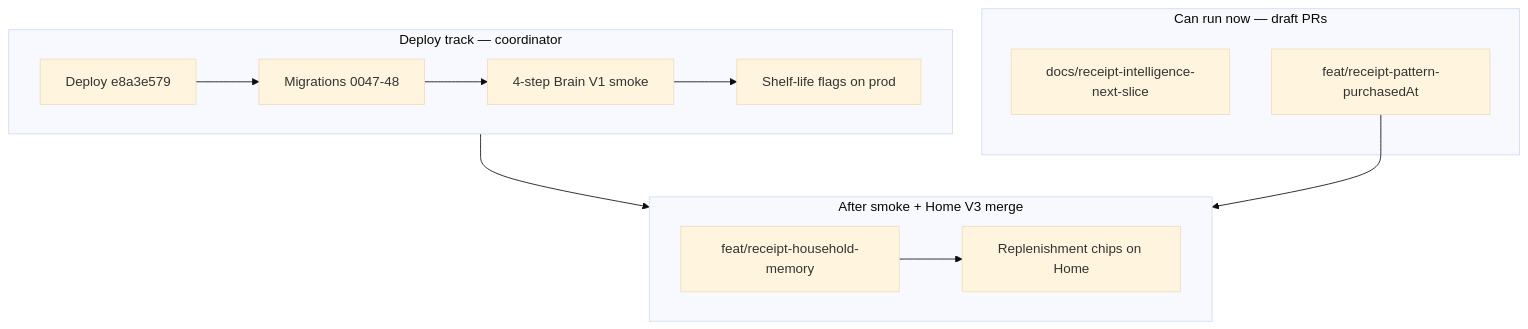
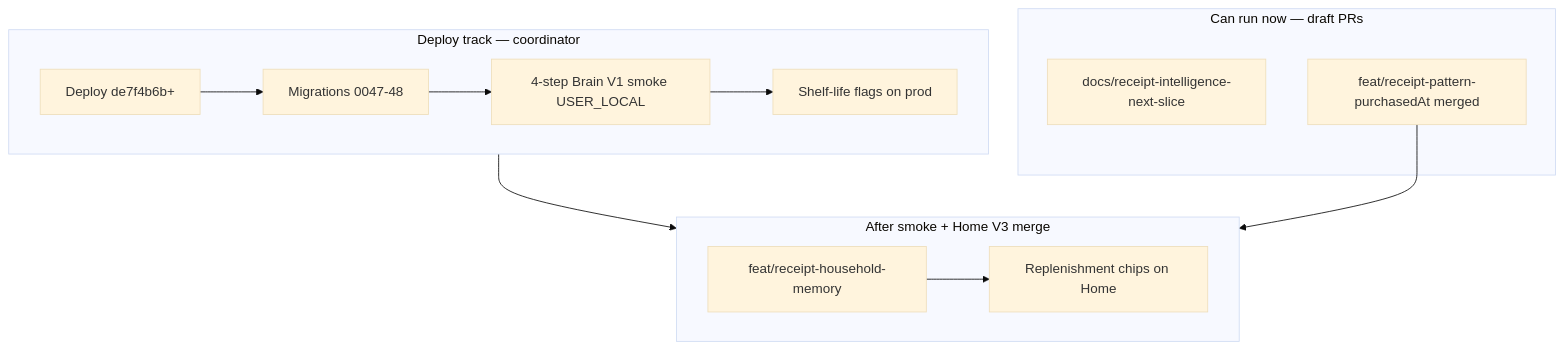
Before and after one commit to arpi09/grocery-manager: the diagram in docs/RECEIPT_INTELLIGENCE_NEXT_SLICE.md, drawn with Mermaid (base theme). The commit also changed other lines of this file, not shown here.

First line of the commit message:
docs: receipt intelligence map — top 10, ignore list, next slice

````diff
--- a/docs/RECEIPT_INTELLIGENCE_NEXT_SLICE.md
+++ b/docs/RECEIPT_INTELLIGENCE_NEXT_SLICE.md
@@ -136,21 +169,21 @@
 ```mermaid
 flowchart TB
   subgraph now [Can run now — draft PRs]
     DOC[docs/receipt-intelligence-next-slice]
-    PAT[feat/receipt-pattern-purchasedAt]
+    PAT[feat/receipt-pattern-purchasedAt merged]
   end
   subgraph deploy [Deploy track — coordinator]
-    D1[Deploy e8a3e579]
+    D1[Deploy de7f4b6b+]
     D2[Migrations 0047-48]
-    D3[4-step Brain V1 smoke]
+    D3[4-step Brain V1 smoke USER_LOCAL]
     D4[Shelf-life flags on prod]
     D1 --> D2 --> D3 --> D4
   end
   subgraph post [After smoke + Home V3 merge]
     MEM[feat/receipt-household-memory]
     CHP[Replenishment chips on Home]
     MEM --> CHP
   end
   deploy --> post
   PAT --> post
 ```
````
